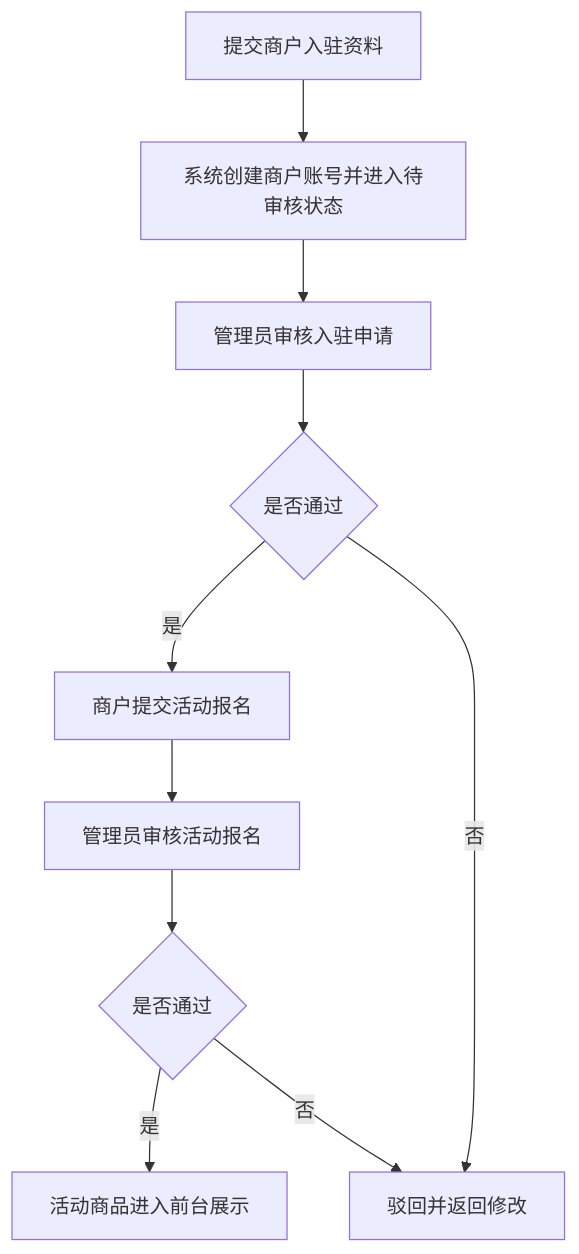
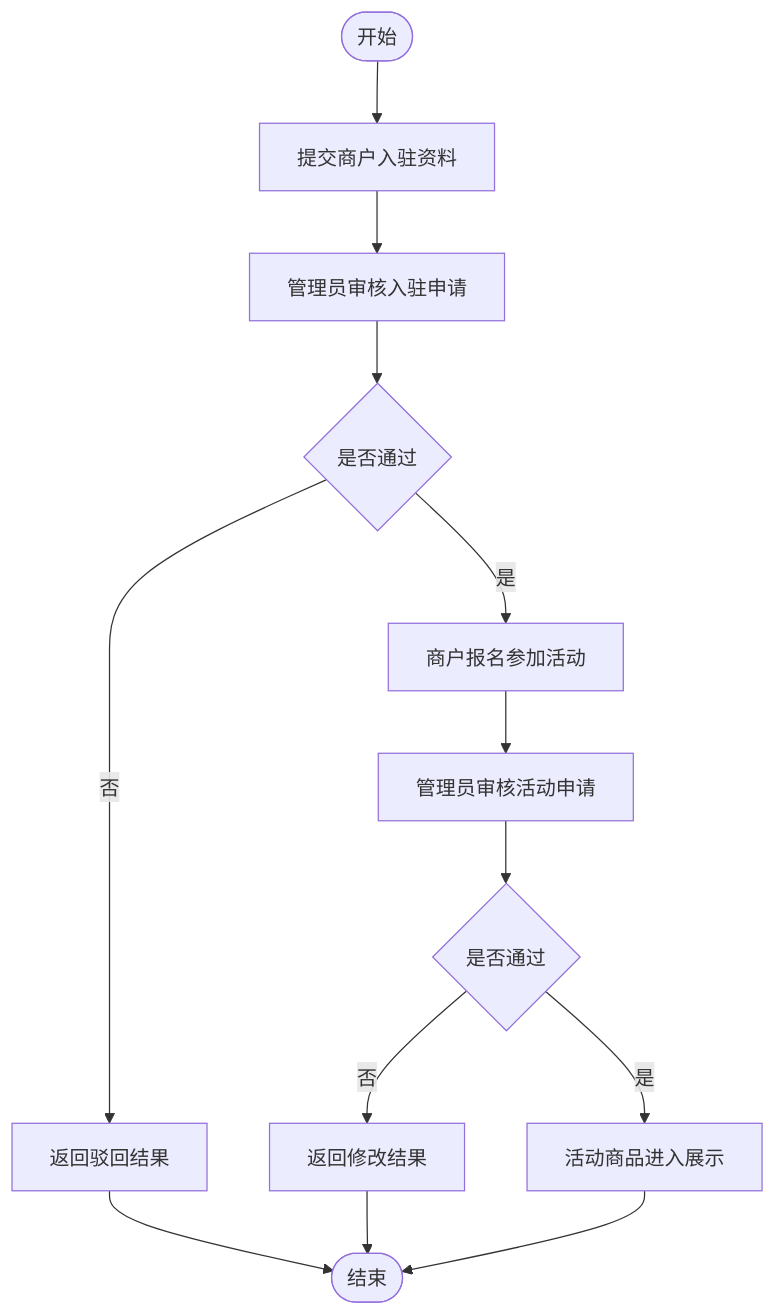
The sixth of 7 diagrams in thesis/lunwen.md (oasis-AI/3-cmpm-system), drawn with Mermaid before and after one commit. The commit also changed other lines of this file and 6 other files, not shown here.

````diff
--- a/thesis/lunwen.md
+++ b/thesis/lunwen.md
@@ -427,12 +449,15 @@
 ```mermaid
-flowchart TB
-	A["提交商户入驻资料"] --> B["系统创建商户账号并进入待审核状态"]
+flowchart TD
+	A(["开始"]) --> B["提交商户入驻资料"]
 	B --> C["管理员审核入驻申请"]
 	C --> D{"是否通过"}
-	D -- 是 --> E["商户提交活动报名"]
-	D -- 否 --> H["驳回并返回修改"]
-	E --> F["管理员审核活动报名"]
-	F --> G{"是否通过"}
-	G -- 是 --> I["活动商品进入前台展示"]
-	G -- 否 --> H
+	D -- 否 --> E["返回驳回结果"]
+	D -- 是 --> F["商户报名参加活动"]
+	F --> G["管理员审核活动申请"]
+	G --> H{"是否通过"}
+	H -- 否 --> I["返回修改结果"]
+	H -- 是 --> J["活动商品进入展示"]
+	E --> K(["结束"])
+	I --> K
+	J --> K
 ```
````
